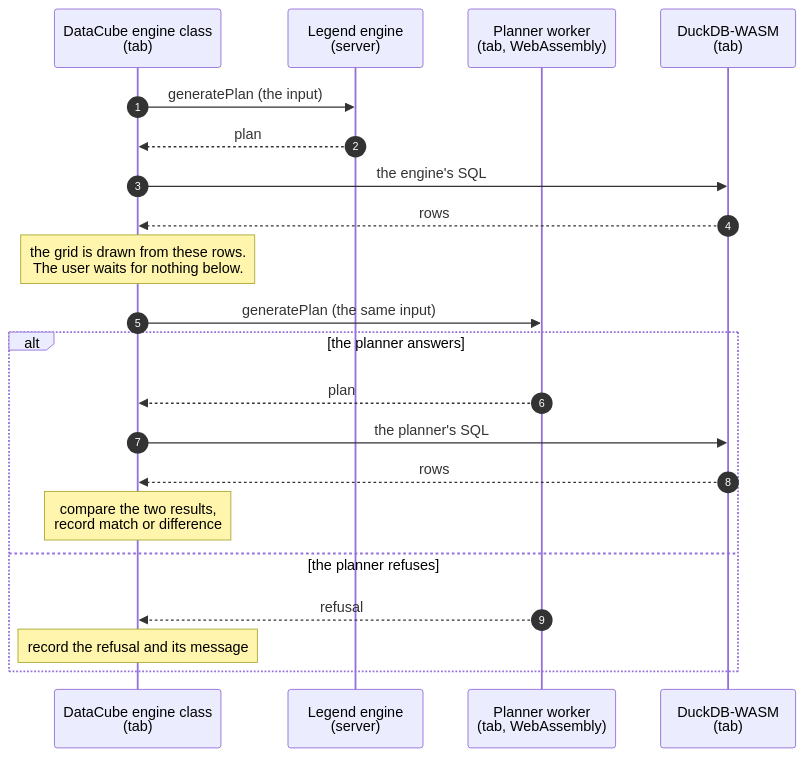
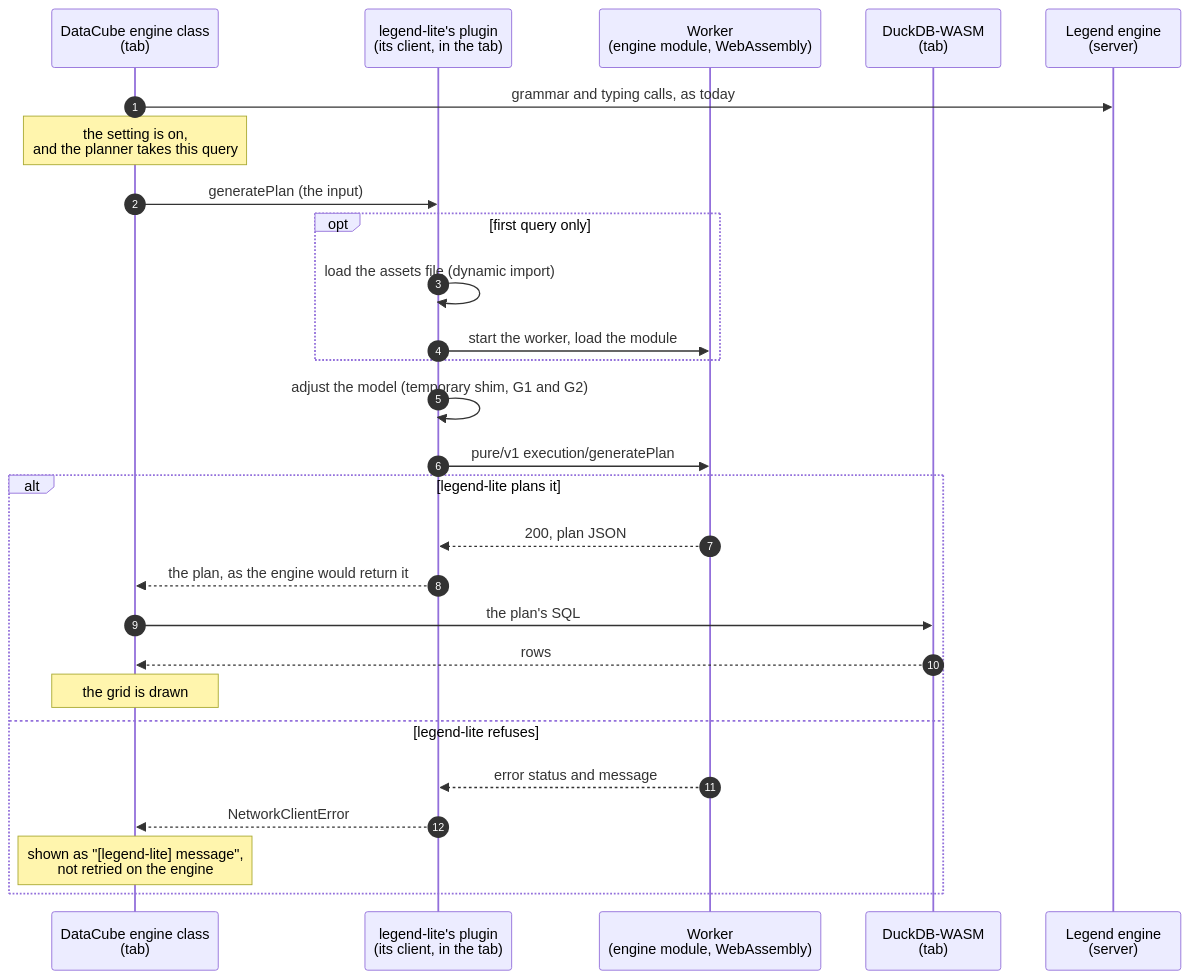
One commit to MauricioUyaguari/legend-lite changed the third of 3 diagrams in docs/LEGEND_STUDIO_INTEGRATION_PROPOSAL_2026_11_18.md. Above: the diagram before and after it, drawn with Mermaid. The commit also changed other lines of this file and 4 other files, not shown here.

First line of the commit message:
docs: the legend-studio proposal synced with discussion #5930 -- a hook and a plugin, one setting, no shadow mode

````diff
--- a/docs/LEGEND_STUDIO_INTEGRATION_PROPOSAL_2026_11_18.md
+++ b/docs/LEGEND_STUDIO_INTEGRATION_PROPOSAL_2026_11_18.md
@@ -271,23 +324,29 @@
 ```mermaid
 sequenceDiagram
     autonumber
     participant G as DataCube engine class<br/>(tab)
+    participant P as legend-lite's plugin<br/>(its client, in the tab)
+    participant W as Worker<br/>(engine module, WebAssembly)
+    participant D as DuckDB-WASM<br/>(tab)
     participant E as Legend engine<br/>(server)
-    participant P as Planner worker<br/>(tab, WebAssembly)
-    participant D as DuckDB-WASM<br/>(tab)
-    G->>E: generatePlan (the input)
-    E-->>G: plan
-    G->>D: the engine's SQL
-    D-->>G: rows
-    Note over G: the grid is drawn from these rows.<br/>The user waits for nothing below.
-    G->>P: generatePlan (the same input)
-    alt the planner answers
-        P-->>G: plan
-        G->>D: the planner's SQL
+    G->>E: grammar and typing calls, as today
+    Note over G: the setting is on,<br/>and the planner takes this query
+    G->>P: generatePlan (the input)
+    opt first query only
+        P->>P: load the assets file (dynamic import)
+        P->>W: start the worker, load the module
+    end
+    P->>P: adjust the model (temporary shim, G1 and G2)
+    P->>W: pure/v1 execution/generatePlan
+    alt legend-lite plans it
+        W-->>P: 200, plan JSON
+        P-->>G: the plan, as the engine would return it
+        G->>D: the plan's SQL
         D-->>G: rows
-        Note over G: compare the two results,<br/>record match or difference
-    else the planner refuses
-        P-->>G: refusal
-        Note over G: record the refusal and its message
+        Note over G: the grid is drawn
+    else legend-lite refuses
+        W-->>P: error status and message
+        P-->>G: NetworkClientError
+        Note over G: shown as "[legend-lite] message",<br/>not retried on the engine
     end
 ```
````
